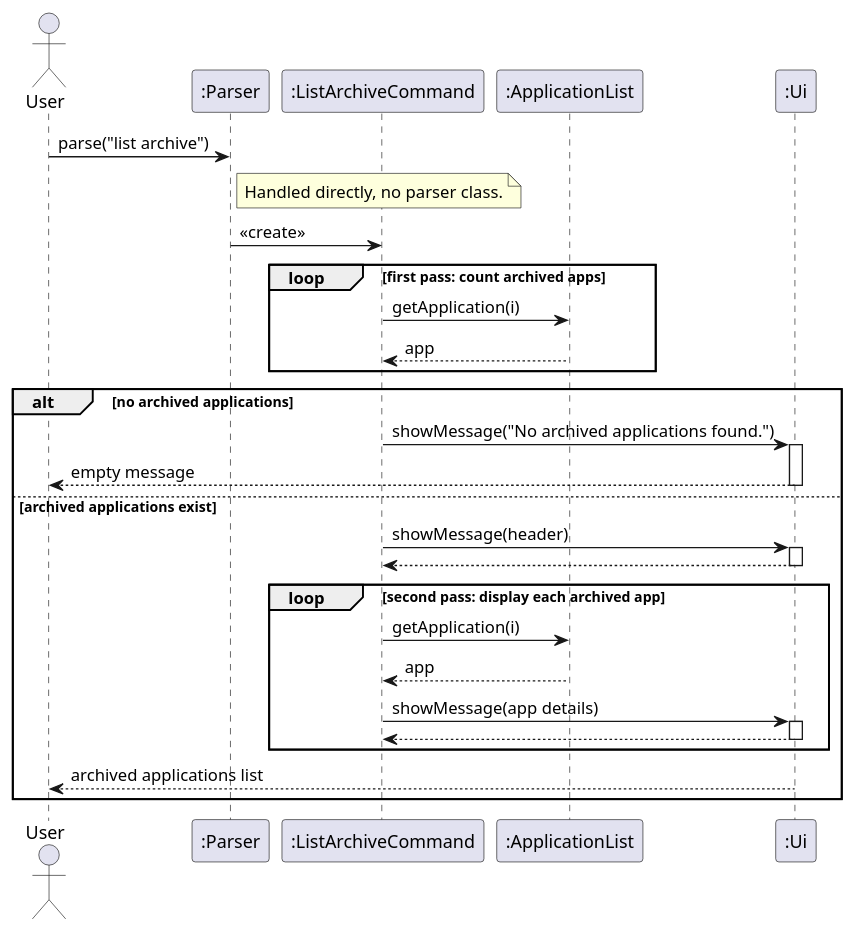
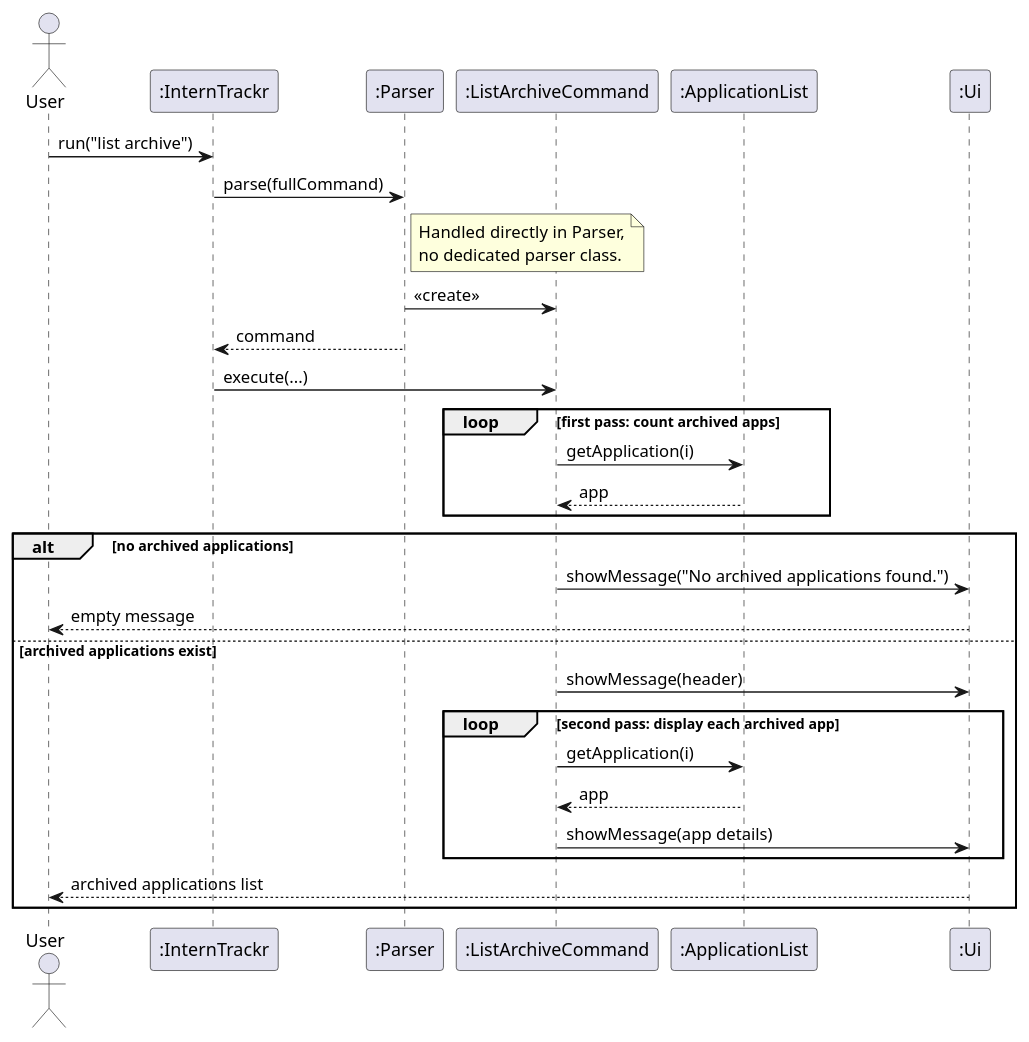
Before and after one commit to eugenia-cnl-lee/tp: the diagram in docs/diagrams/AaravListArchiveCommandSequence.puml, drawn with PlantUML. The commit also changed 14 other files, not shown here.

Commit message:
Fix Aarav DG diagrams and align parser/delete documentation with implementation

```diff
--- a/docs/diagrams/AaravListArchiveCommandSequence.puml
+++ b/docs/diagrams/AaravListArchiveCommandSequence.puml
@@ -1,37 +1,39 @@
 @startuml
 actor User
+participant ":InternTrackr" as IT
 participant ":Parser" as P
 participant ":ListArchiveCommand" as LAC
 participant ":ApplicationList" as AL
 participant ":Ui" as UI
 
-User -> P : parse("list archive")
-note right of P : Handled directly, no parser class.
+User -> IT : run("list archive")
+IT -> P : parse(fullCommand)
+
+note right of P
+  Handled directly in Parser,
+  no dedicated parser class.
+end note
+
 P -> LAC : <<create>>
+P --> IT : command
+
+IT -> LAC : execute(...)
 
 loop first pass: count archived apps
     LAC -> AL : getApplication(i)
     AL --> LAC : app
 end
 
 alt no archived applications
     LAC -> UI : showMessage("No archived applications found.")
-    activate UI
     UI --> User : empty message
-    deactivate UI
 else archived applications exist
     LAC -> UI : showMessage(header)
-    activate UI
-    UI --> LAC
-    deactivate UI
     loop second pass: display each archived app
         LAC -> AL : getApplication(i)
         AL --> LAC : app
         LAC -> UI : showMessage(app details)
-        activate UI
-        UI --> LAC
-        deactivate UI
     end
     UI --> User : archived applications list
 end
 @enduml
```
